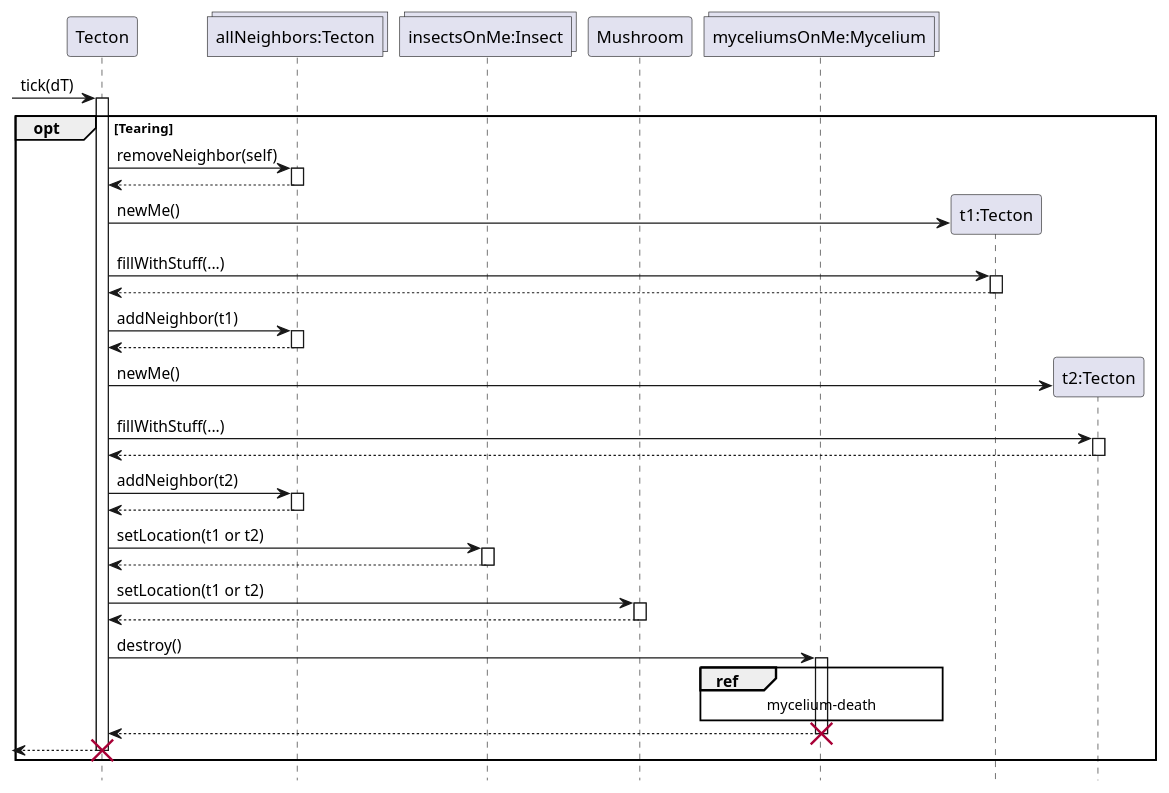
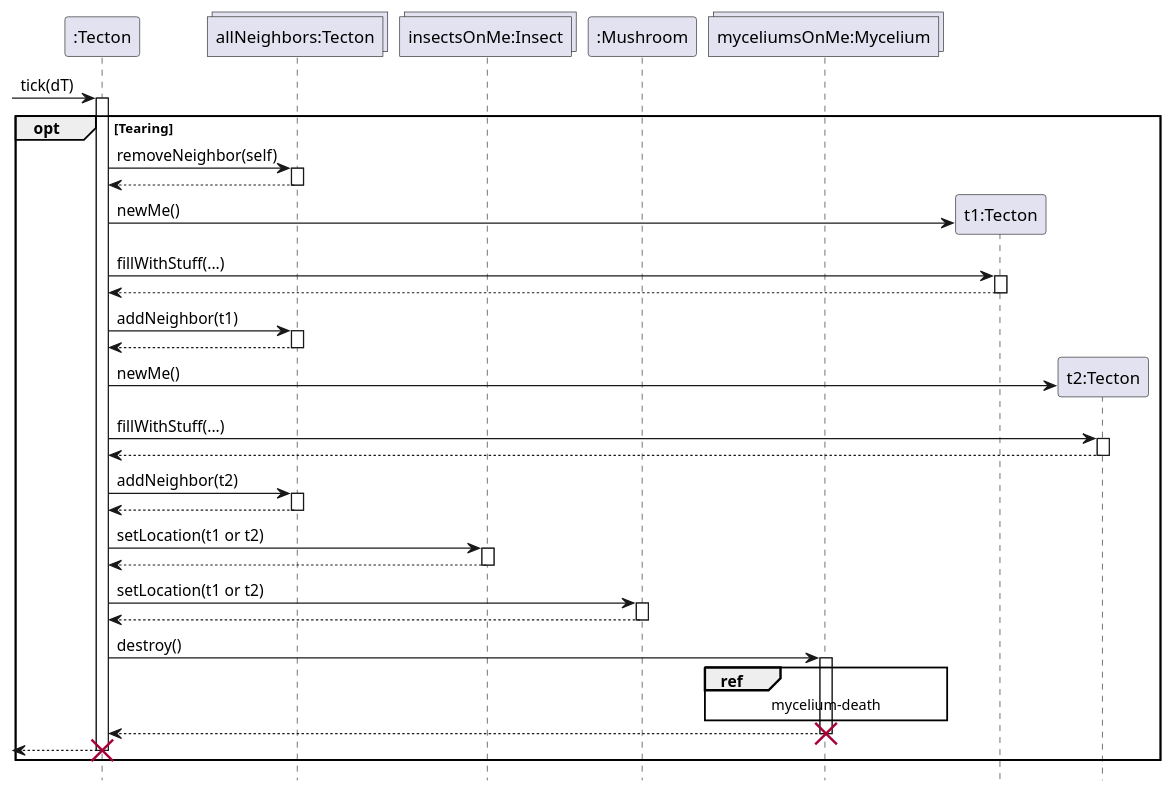
One commit to ZD4ve/projlab-error521 changed the diagram in Tecton/tecton-break-seq.pu. Above: the diagram before and after it, drawn with PlantUML.

```diff
--- a/Tecton/tecton-break-seq.pu
+++ b/Tecton/tecton-break-seq.pu
@@ -1,58 +1,58 @@
 @startuml Tecton/tecton-break-seq
 hide footbox
 
-participant Tecton as Dying
+participant ":Tecton" as Dying
 collections "allNeighbors:Tecton" as allNeighbors
 collections "insectsOnMe:Insect" as Insects
-participant "Mushroom" as Mushroom
+participant ":Mushroom" as Mushroom
 collections "myceliumsOnMe:Mycelium" as target
 
 -> Dying : tick(dT)
 activate Dying
 opt Tearing
 
 Dying -> allNeighbors : removeNeighbor(self)
 activate allNeighbors
 return
 
 create "t1:Tecton" as New1
 Dying -> New1 : newMe()
 Dying -> New1 : fillWithStuff(...)
 activate New1
 return
 Dying -> allNeighbors : addNeighbor(t1)
 activate allNeighbors
 return
 
 create "t2:Tecton" as New2
 Dying -> New2 : newMe()
 Dying -> New2 : fillWithStuff(...)
 activate New2
 return
 Dying -> allNeighbors : addNeighbor(t2)
 activate allNeighbors
 return
 
 Dying -> Insects : setLocation(t1 or t2)
 activate Insects
 return
 
 Dying -> Mushroom : setLocation(t1 or t2)
 activate Mushroom
 return
 
 Dying -> target : destroy()
 activate target
 
 ref over target
     mycelium-death
 end ref
 
 return
 destroy target
 
 <-- Dying
 destroy Dying
 end
 
 @enduml
```
